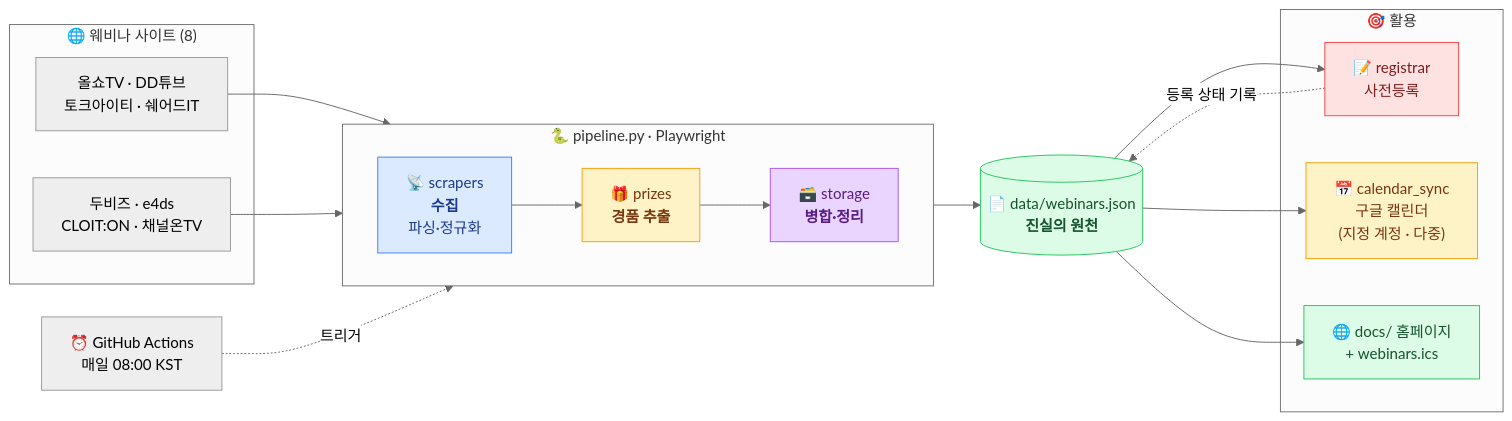
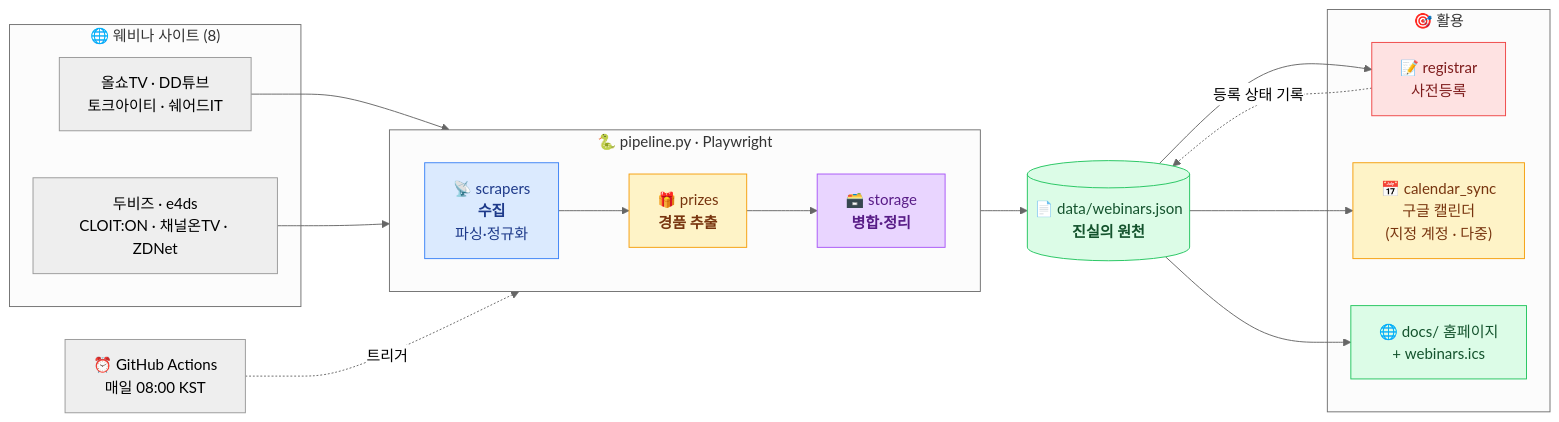
Before and after one commit to leemgs/webinar: the first of 2 diagrams in README.md, drawn with Mermaid (neutral theme). The commit also changed other lines of this file and 11 other files, not shown here.

````diff
--- a/README.md
+++ b/README.md
@@ -14,40 +14,40 @@
 ```mermaid
 flowchart LR
     subgraph SRC["🌐 웨비나 사이트 (8)"]
         S1["올쇼TV · DD튜브<br/>토크아이티 · 쉐어드IT"]
-        S2["두비즈 · e4ds<br/>CLOIT:ON · 채널온TV"]
+        S2["두비즈 · e4ds<br/>CLOIT:ON · 채널온TV · ZDNet"]
     end
 
     subgraph PIPE["🐍 pipeline.py · Playwright"]
         direction LR
         SC["📡 scrapers<br/><b>수집</b><br/>파싱·정규화"]
         PR["🎁 prizes<br/><b>경품 추출</b>"]
         MG["🗃️ storage<br/><b>병합·정리</b>"]
         SC --> PR --> MG
     end
 
     DB[("📄 data/webinars.json<br/><b>진실의 원천</b>")]
 
     subgraph OUT["🎯 활용"]
         RG["📝 registrar<br/>사전등록"]
         CAL["📅 calendar_sync<br/>구글 캘린더<br/>(지정 계정 · 다중)"]
         WEB["🌐 docs/ 홈페이지<br/>+ webinars.ics"]
     end
 
     S1 --> SC
     S2 --> SC
     MG --> DB
     DB --> RG
     DB --> CAL
     DB --> WEB
     RG -. "등록 상태 기록" .-> DB
     CRON["⏰ GitHub Actions<br/>매일 08:00 KST"] -. "트리거" .-> PIPE
 
     style SC fill:#dbeafe,stroke:#3b82f6,color:#1e3a8a
     style PR fill:#fef3c7,stroke:#f59e0b,color:#78350f
     style MG fill:#e9d5ff,stroke:#a855f7,color:#581c87
     style DB fill:#dcfce7,stroke:#22c55e,color:#14532d
     style WEB fill:#dcfce7,stroke:#22c55e,color:#14532d
     style RG fill:#fee2e2,stroke:#ef4444,color:#7f1d1d
     style CAL fill:#fef3c7,stroke:#f59e0b,color:#78350f
 ```
````
